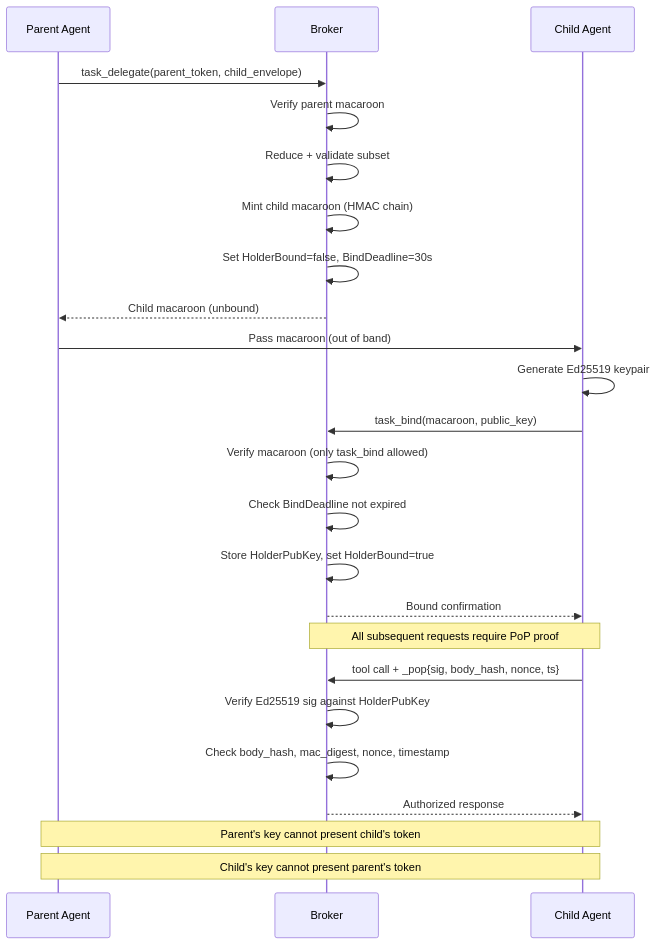
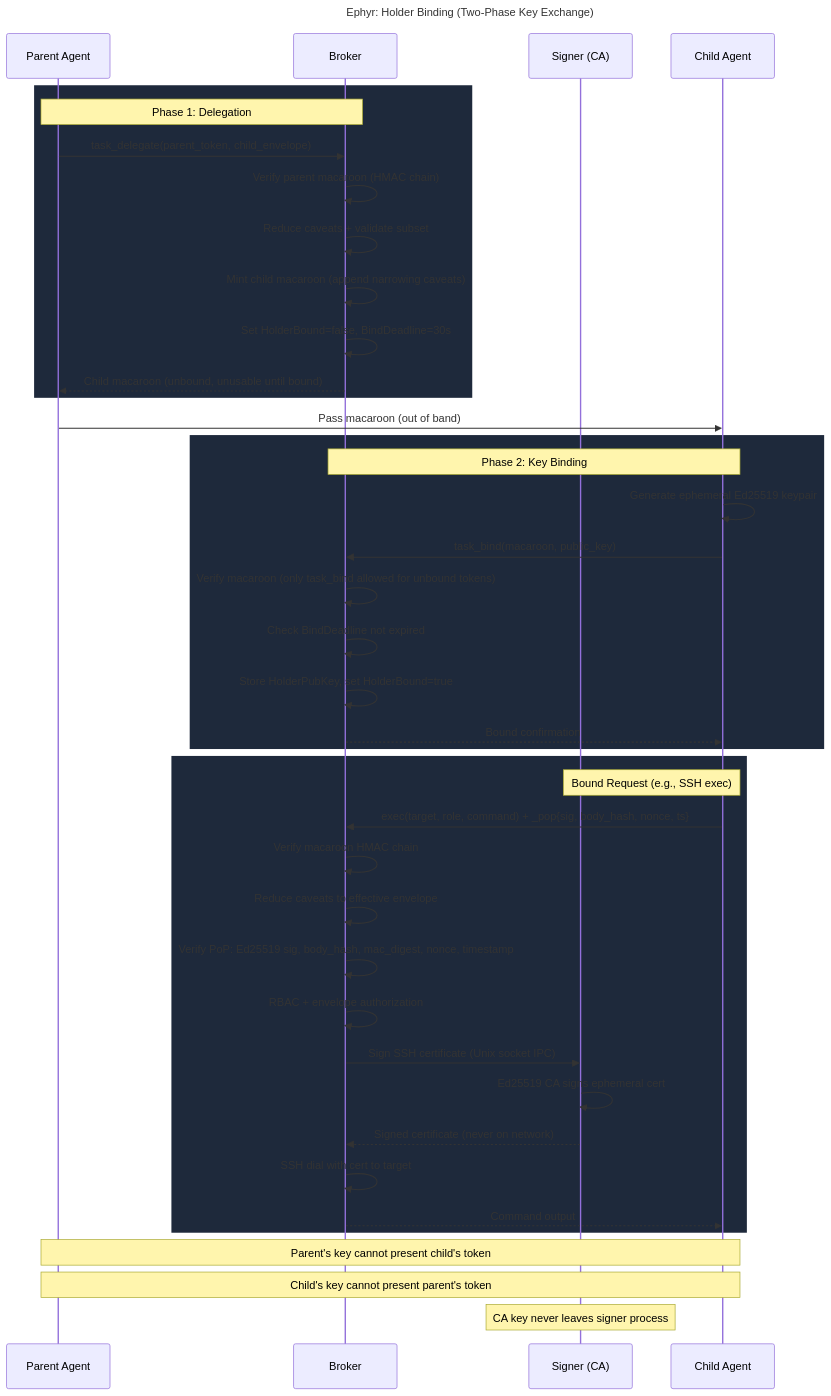
The third of 3 diagrams in docs/ARCHITECTURE-DIAGRAMS.md (EphyrAI/Ephyr), drawn with Mermaid before and after one commit. The commit also changed other lines of this file, not shown here.

First line of the commit message:
Enhance holder binding diagram: title, signer role, 3 phases

````diff
--- a/docs/ARCHITECTURE-DIAGRAMS.md
+++ b/docs/ARCHITECTURE-DIAGRAMS.md
@@ -253,32 +253,49 @@
 ```mermaid
 sequenceDiagram
+    title Ephyr: Holder Binding (Two-Phase Key Exchange)
+
     participant P as Parent Agent
     participant B as Broker
+    participant S as Signer (CA)
     participant C as Child Agent
 
+    rect rgb(30, 41, 59)
+    Note over P,B: Phase 1: Delegation
     P->>B: task_delegate(parent_token, child_envelope)
-    B->>B: Verify parent macaroon
-    B->>B: Reduce + validate subset
-    B->>B: Mint child macaroon (HMAC chain)
+    B->>B: Verify parent macaroon (HMAC chain)
+    B->>B: Reduce caveats + validate subset
+    B->>B: Mint child macaroon (append narrowing caveats)
     B->>B: Set HolderBound=false, BindDeadline=30s
-    B-->>P: Child macaroon (unbound)
+    B-->>P: Child macaroon (unbound, unusable until bound)
+    end
 
     P->>C: Pass macaroon (out of band)
 
-    C->>C: Generate Ed25519 keypair
+    rect rgb(30, 41, 59)
+    Note over C,B: Phase 2: Key Binding
+    C->>C: Generate ephemeral Ed25519 keypair
     C->>B: task_bind(macaroon, public_key)
-    B->>B: Verify macaroon (only task_bind allowed)
+    B->>B: Verify macaroon (only task_bind allowed for unbound tokens)
     B->>B: Check BindDeadline not expired
     B->>B: Store HolderPubKey, set HolderBound=true
     B-->>C: Bound confirmation
+    end
 
-    Note over C,B: All subsequent requests require PoP proof
-
-    C->>B: tool call + _pop{sig, body_hash, nonce, ts}
-    B->>B: Verify Ed25519 sig against HolderPubKey
-    B->>B: Check body_hash, mac_digest, nonce, timestamp
-    B-->>C: Authorized response
+    rect rgb(30, 41, 59)
+    Note over C,S: Bound Request (e.g., SSH exec)
+    C->>B: exec(target, role, command) + _pop{sig, body_hash, nonce, ts}
+    B->>B: Verify macaroon HMAC chain
+    B->>B: Reduce caveats to effective envelope
+    B->>B: Verify PoP: Ed25519 sig, body_hash, mac_digest, nonce, timestamp
+    B->>B: RBAC + envelope authorization
+    B->>S: Sign SSH certificate (Unix socket IPC)
+    S->>S: Ed25519 CA signs ephemeral cert
+    S-->>B: Signed certificate (never on network)
+    B->>B: SSH dial with cert to target
+    B-->>C: Command output
+    end
 
     Note over P,C: Parent's key cannot present child's token
     Note over P,C: Child's key cannot present parent's token
+    Note over S,S: CA key never leaves signer process
 ```
````
